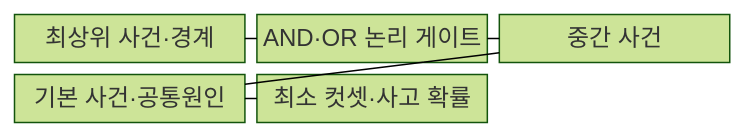
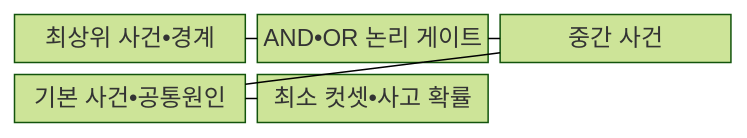
One commit to agnusdei1207/knowledge-base changed the first of 2 diagrams in src/content/docs/notes/06-evaluation/026_fault_tree_analysis.md. Above: the diagram before and after it, drawn with Mermaid (forest theme). The commit also changed other lines of this file and 953 other files, not shown here.

````diff
--- a/src/content/docs/notes/06-evaluation/026_fault_tree_analysis.md
+++ b/src/content/docs/notes/06-evaluation/026_fault_tree_analysis.md
@@ -66,13 +66,13 @@
 ```mermaid
 block-beta
   columns 3
-  T["최상위 사건·경계"]
-  G["AND·OR 논리 게이트"]
+  T["최상위 사건•경계"]
+  G["AND•OR 논리 게이트"]
   I["중간 사건"]
-  B["기본 사건·공통원인"]
-  C["최소 컷셋·사고 확률"]
+  B["기본 사건•공통원인"]
+  C["최소 컷셋•사고 확률"]
   T --- G
   G --- I
   I --- B
   B --- C
 ```
````
